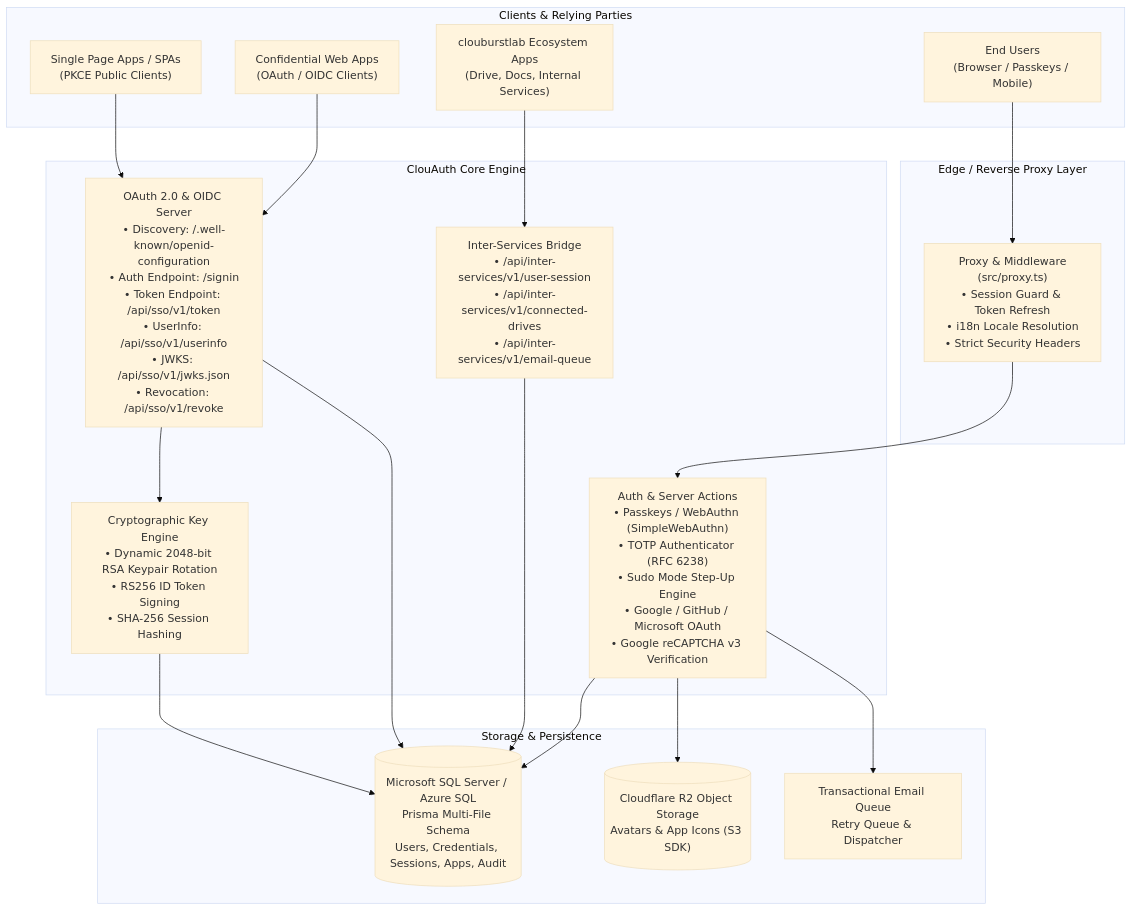
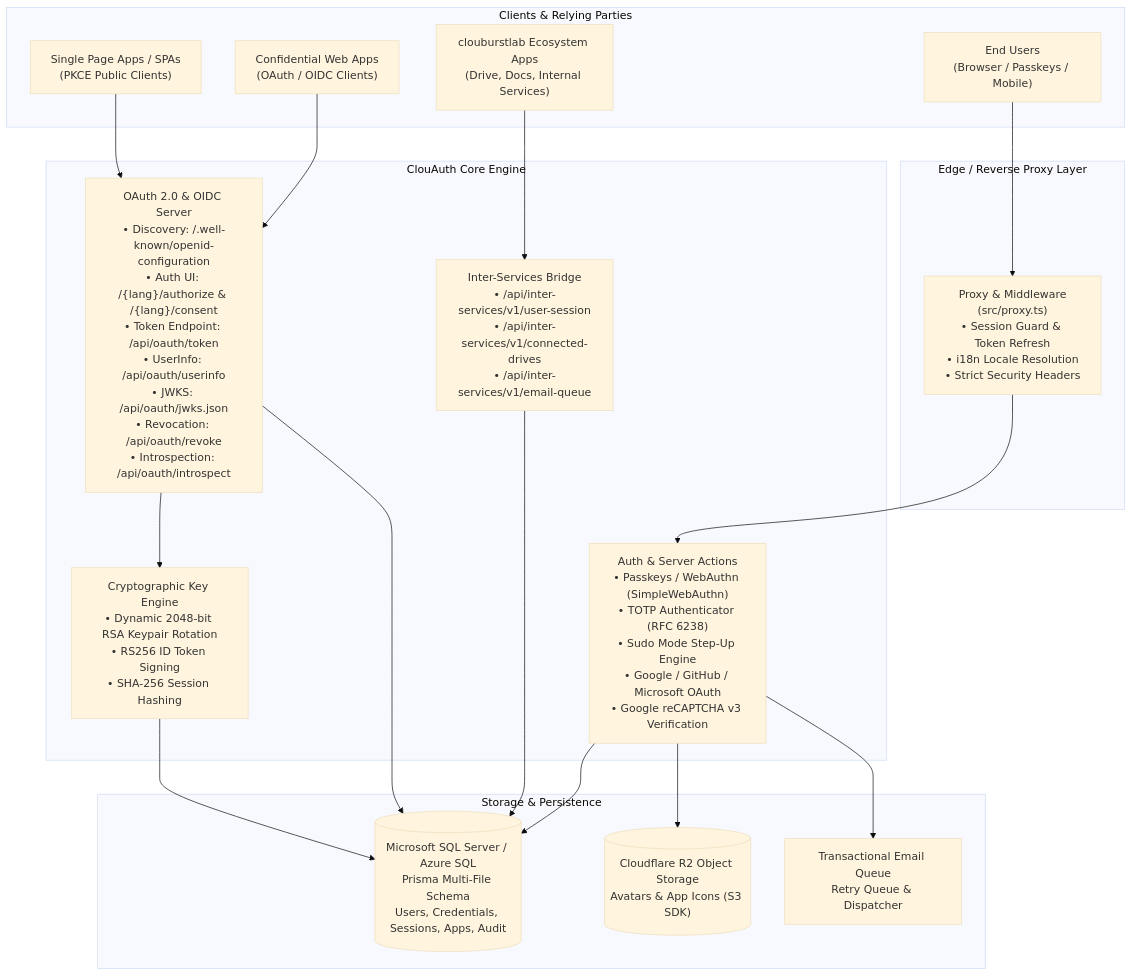
The first of 2 diagrams in docs/architecture.md (shawkath646/clouauth), drawn with Mermaid (base theme) before and after one commit. The commit also changed other lines of this file and 204 other files, not shown here.

````diff
--- a/docs/architecture.md
+++ b/docs/architecture.md
@@ -11,42 +11,42 @@
 ```mermaid
 flowchart TD
     subgraph Clients["Clients & Relying Parties"]
         SPA["Single Page Apps / SPAs\n(PKCE Public Clients)"]
         WebApps["Confidential Web Apps\n(OAuth / OIDC Clients)"]
         InternalApps["clouburstlab Ecosystem Apps\n(Drive, Docs, Internal Services)"]
         Users["End Users\n(Browser / Passkeys / Mobile)"]
     end
 
     subgraph EdgeLayer["Edge / Reverse Proxy Layer"]
         Proxy["Proxy & Middleware\n(src/proxy.ts)\n• Session Guard & Token Refresh\n• i18n Locale Resolution\n• Strict Security Headers"]
     end
 
     subgraph CoreEngine["ClouAuth Core Engine"]
         AuthServer["Auth & Server Actions\n• Passkeys / WebAuthn (SimpleWebAuthn)\n• TOTP Authenticator (RFC 6238)\n• Sudo Mode Step-Up Engine\n• Google / GitHub / Microsoft OAuth\n• Google reCAPTCHA v3 Verification"]
         
-        OIDCServer["OAuth 2.0 & OIDC Server\n• Discovery: /.well-known/openid-configuration\n• Auth Endpoint: /signin\n• Token Endpoint: /api/sso/v1/token\n• UserInfo: /api/sso/v1/userinfo\n• JWKS: /api/sso/v1/jwks.json\n• Revocation: /api/sso/v1/revoke"]
+        OIDCServer["OAuth 2.0 & OIDC Server\n• Discovery: /.well-known/openid-configuration\n• Auth UI: /{lang}/authorize & /{lang}/consent\n• Token Endpoint: /api/oauth/token\n• UserInfo: /api/oauth/userinfo\n• JWKS: /api/oauth/jwks.json\n• Revocation: /api/oauth/revoke\n• Introspection: /api/oauth/introspect"]
 
         InterServices["Inter-Services Bridge\n• /api/inter-services/v1/user-session\n• /api/inter-services/v1/connected-drives\n• /api/inter-services/v1/email-queue"]
         
         KeyManager["Cryptographic Key Engine\n• Dynamic 2048-bit RSA Keypair Rotation\n• RS256 ID Token Signing\n• SHA-256 Session Hashing"]
     end
 
     subgraph Storage["Storage & Persistence"]
         SQLDB[("Microsoft SQL Server / Azure SQL\nPrisma Multi-File Schema\nUsers, Credentials, Sessions, Apps, Audit")]
         R2[("Cloudflare R2 Object Storage\nAvatars & App Icons (S3 SDK)")]
         EmailWorker["Transactional Email Queue\nRetry Queue & Dispatcher"]
     end
 
     Users --> Proxy
     SPA --> OIDCServer
     WebApps --> OIDCServer
     InternalApps --> InterServices
     Proxy --> AuthServer
     AuthServer --> SQLDB
     AuthServer --> R2
     AuthServer --> EmailWorker
     OIDCServer --> KeyManager
     OIDCServer --> SQLDB
     KeyManager --> SQLDB
     InterServices --> SQLDB
 ```
````
